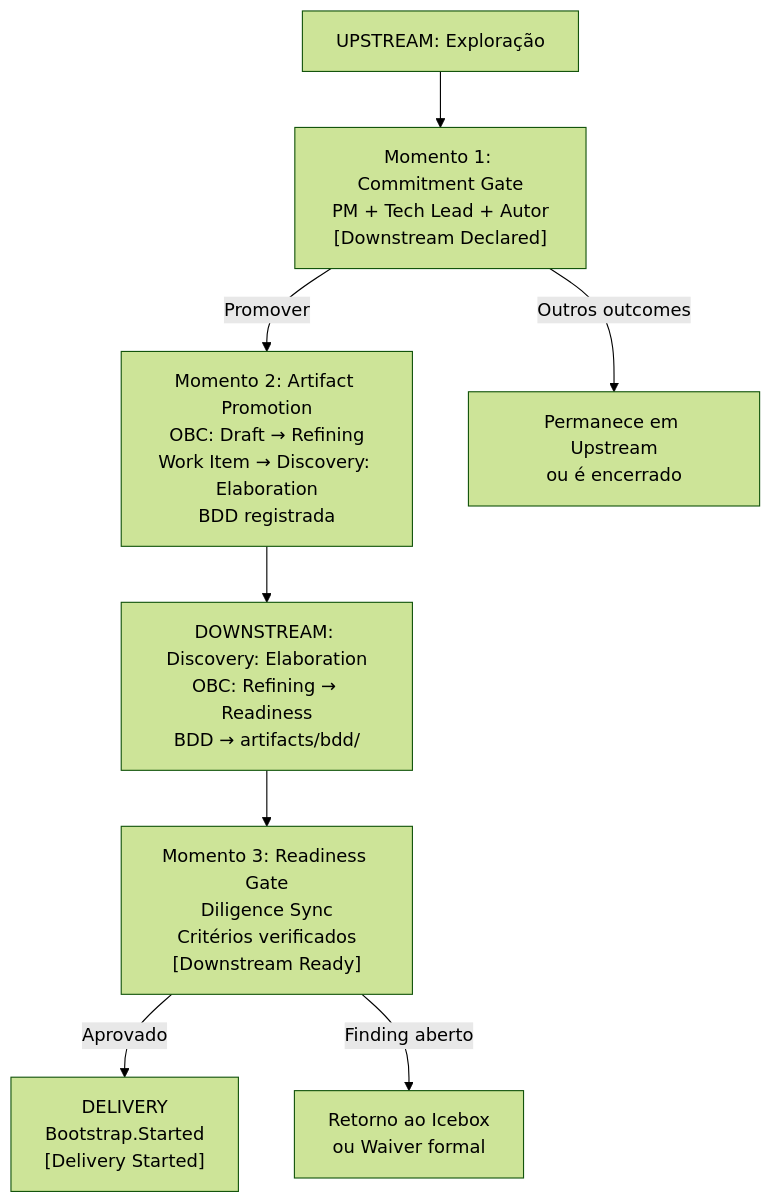
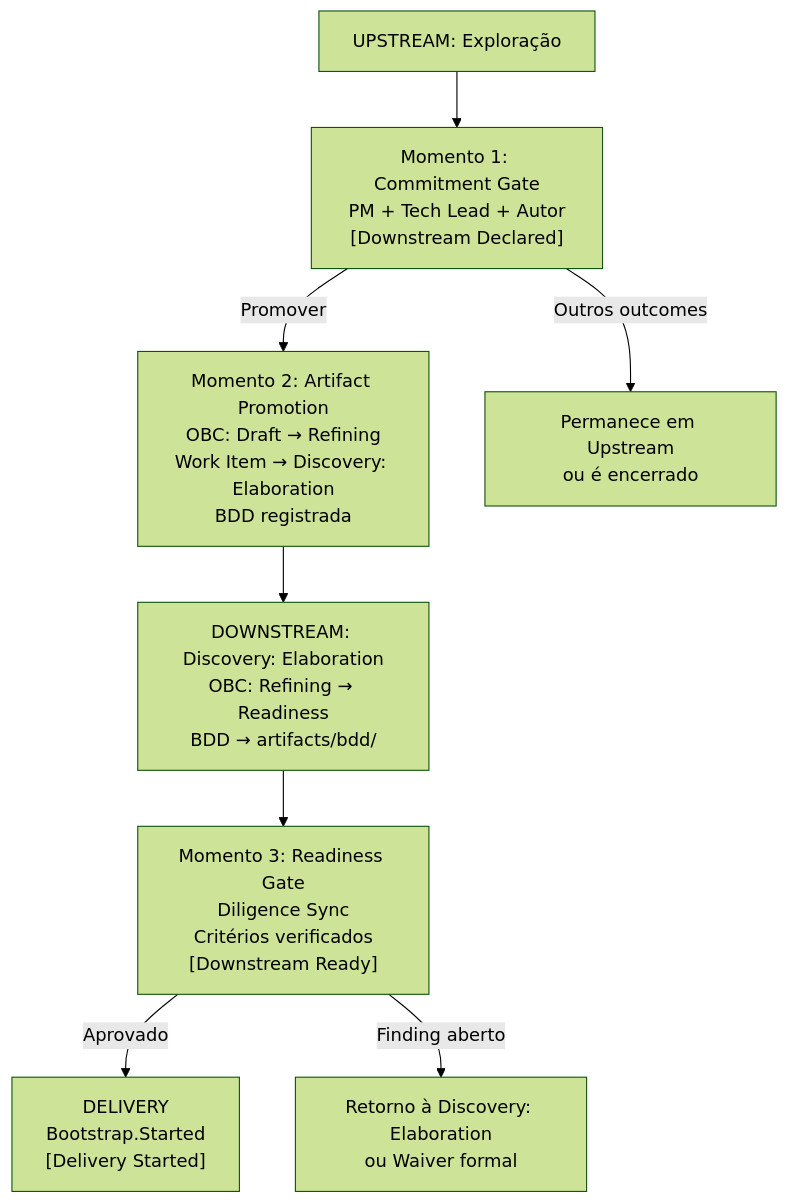
One commit to produtoreativo/from-intent-to-outcome changed the first of 2 diagrams in capitulo-06.md. Above: the diagram before and after it, drawn with Mermaid (forest theme). The commit also changed other lines of this file and 9 other files, not shown here.

First line of the commit message:
fix(ciclo7): substitui referências pós-CG de Icebox por Discovery: Elaboration (PT + EN)

````diff
--- a/capitulo-06.md
+++ b/capitulo-06.md
@@ -21,15 +21,15 @@
 ```mermaid
 graph TD
     UP["UPSTREAM: Exploração"] --> M1
 
     M1["Momento 1: Commitment Gate\nPM + Tech Lead + Autor\n[Downstream Declared]"]
     M1 -->|"Promover"| M2
     M1 -->|"Outros outcomes"| UP2["Permanece em Upstream\nou é encerrado"]
 
     M2["Momento 2: Artifact Promotion\nOBC: Draft → Refining\nWork Item → Discovery: Elaboration\nBDD registrada"]
     M2 --> ICE["DOWNSTREAM: Discovery: Elaboration\nOBC: Refining → Readiness\nBDD → artifacts/bdd/"]
 
     ICE --> M3["Momento 3: Readiness Gate\nDiligence Sync\nCritérios verificados\n[Downstream Ready]"]
     M3 -->|"Aprovado"| DEL["DELIVERY\nBootstrap.Started\n[Delivery Started]"]
-    M3 -->|"Finding aberto"| BLOCK["Retorno ao Icebox\nou Waiver formal"]
+    M3 -->|"Finding aberto"| BLOCK["Retorno à Discovery: Elaboration\nou Waiver formal"]
 ```
````
